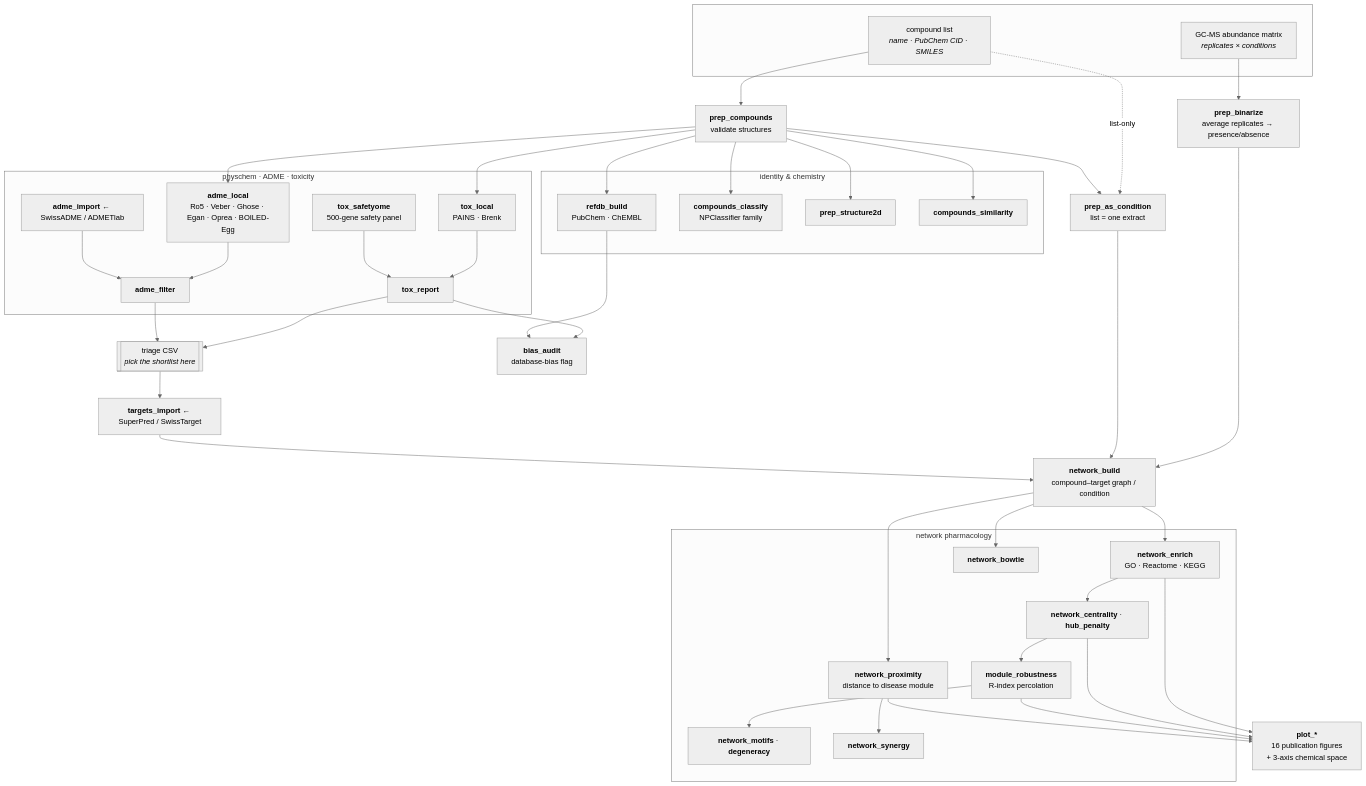
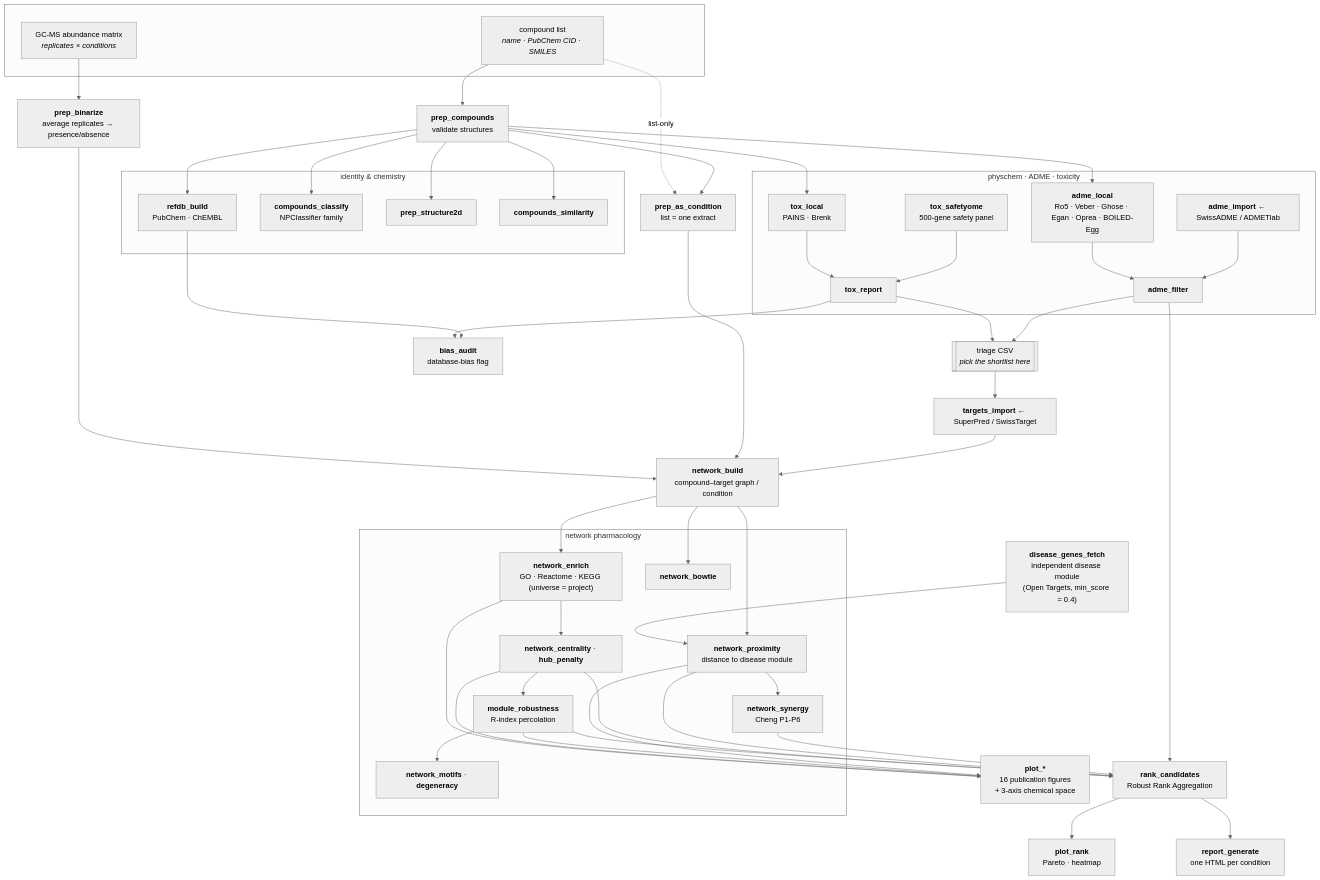
The diagram in README.md (hierax00/patliR), drawn with Mermaid (neutral theme) before and after one commit. The commit also changed other lines of this file and 8 other files, not shown here.

````diff
--- a/README.md
+++ b/README.md
@@ -19,58 +19,65 @@
 ```mermaid
 flowchart TD
     subgraph input [" "]
         L["compound list<br/><i>name · PubChem CID · SMILES</i>"]
         M["GC-MS abundance matrix<br/><i>replicates × conditions</i>"]
     end
 
     L --> PC["<b>prep_compounds</b><br/>validate structures"]
     M --> PB["<b>prep_binarize</b><br/>average replicates → presence/absence"]
     L -.list-only.-> PAC["<b>prep_as_condition</b><br/>list = one extract"]
     PC --> PAC
 
     subgraph chem ["identity & chemistry"]
         RDB["<b>refdb_build</b><br/>PubChem · ChEMBL"]
         CL["<b>compounds_classify</b><br/>NPClassifier family"]
         S2D["<b>prep_structure2d</b>"]
         SIM["<b>compounds_similarity</b>"]
     end
     PC --> RDB & CL & S2D & SIM
 
     subgraph pk ["physchem · ADME · toxicity"]
         AL["<b>adme_local</b><br/>Ro5 · Veber · Ghose · Egan · Oprea · BOILED-Egg"]
         AF["<b>adme_filter</b>"]
         AI["<b>adme_import</b> ← SwissADME / ADMETlab"]
         TL["<b>tox_local</b><br/>PAINS · Brenk"]
         TS["<b>tox_safetyome</b><br/>500-gene safety panel"]
         TR["<b>tox_report</b>"]
     end
     PC --> AL --> AF
     AI --> AF
     PC --> TL --> TR
     TS --> TR
 
     TR --> CSV[["triage CSV<br/><i>pick the shortlist here</i>"]]
     AF --> CSV
 
     CSV --> TI["<b>targets_import</b> ← SuperPred / SwissTarget"]
     PB --> NB
     PAC --> NB
     TI --> NB["<b>network_build</b><br/>compound–target graph / condition"]
 
+    DG["<b>disease_genes_fetch</b><br/>independent disease module<br/>(Open Targets, min_score = 0.4)"]
+
     subgraph net ["network pharmacology"]
-        NE["<b>network_enrich</b><br/>GO · Reactome · KEGG"]
+        NE["<b>network_enrich</b><br/>GO · Reactome · KEGG (universe = project)"]
         NC["<b>network_centrality</b> · <b>hub_penalty</b>"]
         NMR["<b>module_robustness</b><br/>R-index percolation"]
         NM["<b>network_motifs</b> · <b>degeneracy</b>"]
         NP["<b>network_proximity</b><br/>distance to disease module"]
-        NS["<b>network_synergy</b>"]
+        NS["<b>network_synergy</b><br/>Cheng P1-P6"]
         NBT["<b>network_bowtie</b>"]
     end
     NB --> NE --> NC --> NMR --> NM
+    DG --> NP
     NB --> NP --> NS
     NB --> NBT
 
     NE & NC & NMR & NP --> PLOTS["<b>plot_*</b><br/>16 publication figures<br/>+ 3-axis chemical space"]
     TR --> BIAS["<b>bias_audit</b><br/>database-bias flag"]
     RDB --> BIAS
+
+    NC & NMR & NP & NS & AF --> RC["<b>rank_candidates</b><br/>Robust Rank Aggregation"]
+    RC --> PR["<b>plot_rank</b><br/>Pareto · heatmap"]
+    RC --> RG["<b>report_generate</b><br/>one HTML per condition"]
 ```
````
